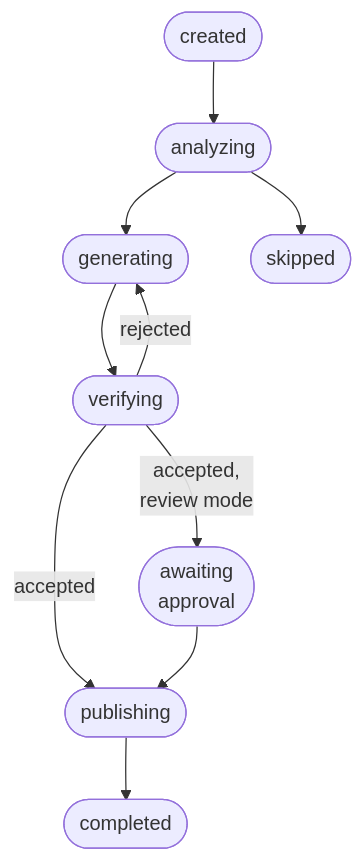
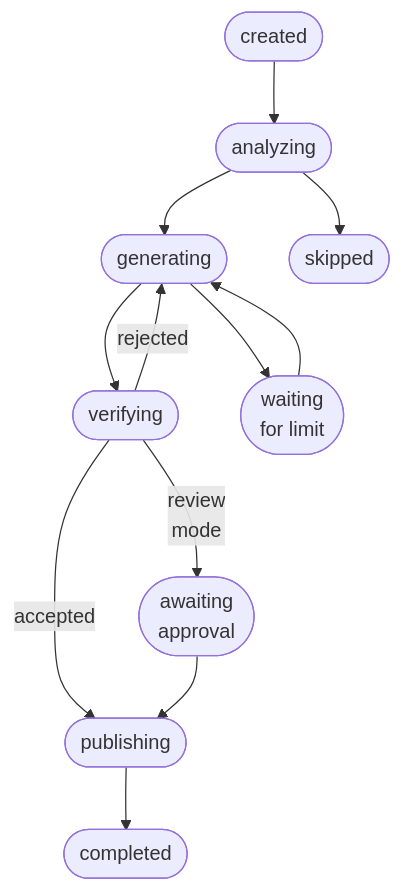
One commit to daitkhev/coverage-autopilot changed the second of 4 diagrams in docs/plan/system-design.md. Above: the diagram before and after it, drawn with Mermaid. The commit also changed other lines of this file, not shown here.

````diff
--- a/docs/plan/system-design.md
+++ b/docs/plan/system-design.md
@@ -152,12 +110,14 @@
 ```mermaid
 flowchart TD
     CR(["created"]) --> AN(["analyzing"])
     AN --> GEN(["generating"])
     AN --> SK(["skipped"])
     GEN --> VER(["verifying"])
+    GEN --> WL(["waiting<br/>for limit"])
+    WL --> GEN
     VER -->|"rejected"| GEN
     VER -->|"accepted"| PUB(["publishing"])
-    VER -->|"accepted,<br/>review mode"| AW(["awaiting<br/>approval"])
-    AW --> PUB
+    VER -->|"review<br/>mode"| AA(["awaiting<br/>approval"])
+    AA --> PUB
     PUB --> DONE(["completed"])
 ```
````
